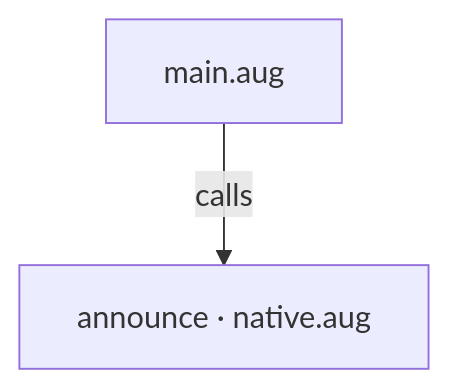
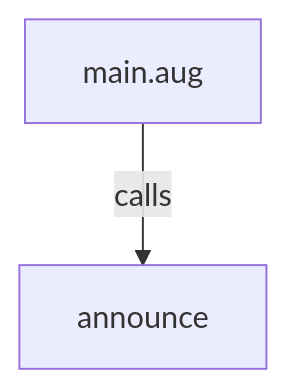
Before and after one commit to GreenPandaStudios/augscript: the first of 2 diagrams in docs/examples/ffi/main-diagrams.md, drawn with Mermaid. The commit also changed other lines of this file and 524 other files, not shown here.

Commit message:
Explain checked data flow at folder and service levels

````diff
--- a/docs/examples/ffi/main-diagrams.md
+++ b/docs/examples/ffi/main-diagrams.md
@@ -23,6 +20,6 @@
 ```mermaid
 flowchart TD
     n0["main.aug"]
-    n1["announce · native.aug"]
+    n1["announce"]
     n0 -->|"calls"| n1
 ```
````
